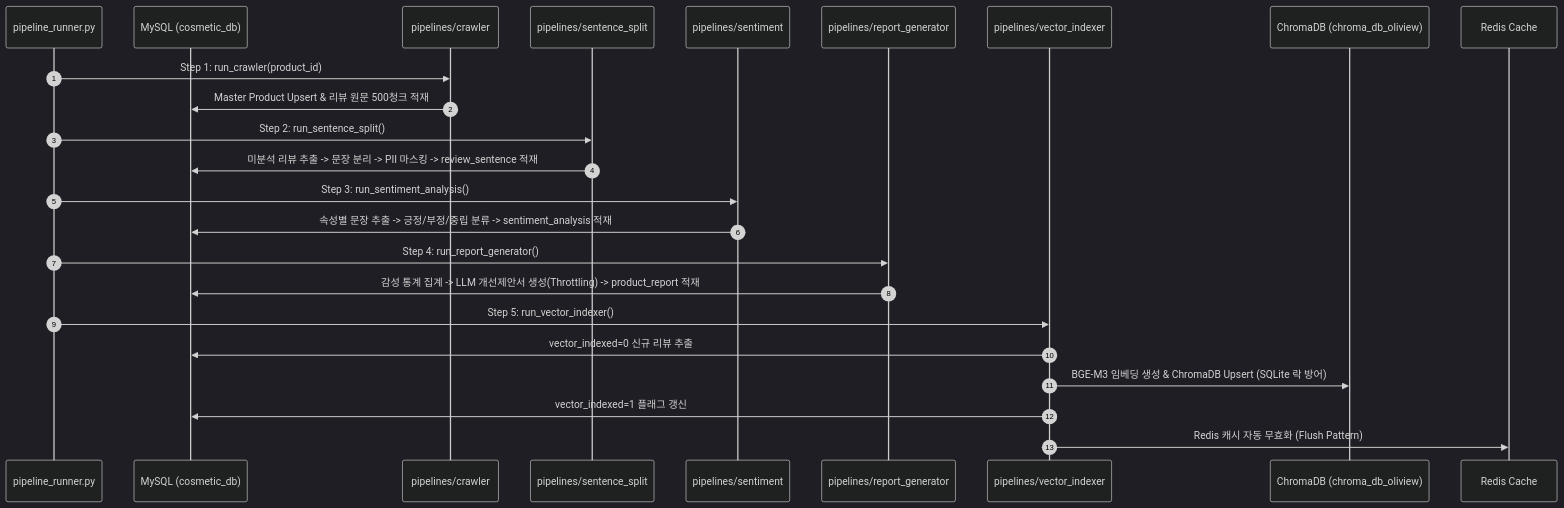
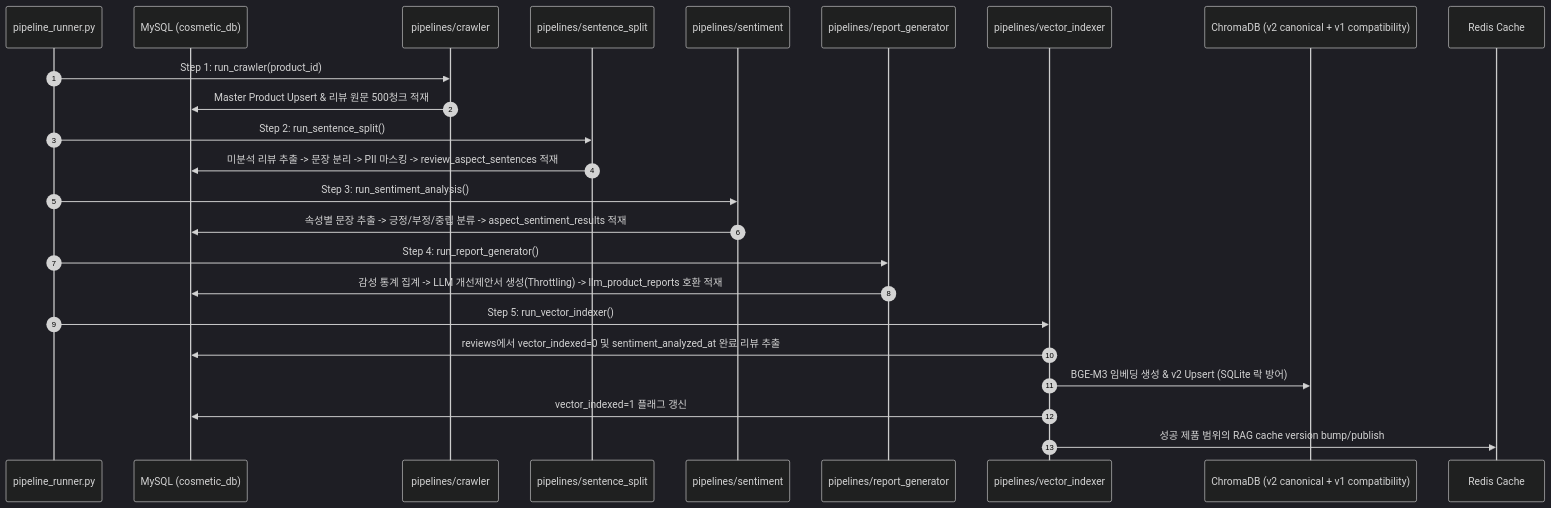
Before and after one commit to Ezenitac-AiService/AISERVICE: the diagram in specs/041-bteam-unified-pipeline-restructure/research.md, drawn with Mermaid (dark theme). The commit also changed other lines of this file and 180 other files, not shown here.

Commit message:
feat: implement unified pipeline architecture with core services, dashboard frontend, and deployment migration tools

````diff
--- a/specs/041-bteam-unified-pipeline-restructure/research.md
+++ b/specs/041-bteam-unified-pipeline-restructure/research.md
@@ -29,27 +29,27 @@
 ```mermaid
 sequenceDiagram
     autonumber
     participant CLI as pipeline_runner.py
     participant DB as MySQL (cosmetic_db)
     participant Crawler as pipelines/crawler
     participant Splitter as pipelines/sentence_split
     participant Sentiment as pipelines/sentiment
     participant Reporter as pipelines/report_generator
     participant Indexer as pipelines/vector_indexer
-    participant VectorDB as ChromaDB (chroma_db_oliview)
+    participant VectorDB as ChromaDB (v2 canonical + v1 compatibility)
     participant Cache as Redis Cache
 
     CLI->>Crawler: Step 1: run_crawler(product_id)
     Crawler->>DB: Master Product Upsert & 리뷰 원문 500청크 적재
     CLI->>Splitter: Step 2: run_sentence_split()
-    Splitter->>DB: 미분석 리뷰 추출 -> 문장 분리 -> PII 마스킹 -> review_sentence 적재
+    Splitter->>DB: 미분석 리뷰 추출 -> 문장 분리 -> PII 마스킹 -> review_aspect_sentences 적재
     CLI->>Sentiment: Step 3: run_sentiment_analysis()
-    Sentiment->>DB: 속성별 문장 추출 -> 긍정/부정/중립 분류 -> sentiment_analysis 적재
+    Sentiment->>DB: 속성별 문장 추출 -> 긍정/부정/중립 분류 -> aspect_sentiment_results 적재
     CLI->>Reporter: Step 4: run_report_generator()
-    Reporter->>DB: 감성 통계 집계 -> LLM 개선제안서 생성(Throttling) -> product_report 적재
+    Reporter->>DB: 감성 통계 집계 -> LLM 개선제안서 생성(Throttling) -> llm_product_reports 호환 적재
     CLI->>Indexer: Step 5: run_vector_indexer()
-    Indexer->>DB: vector_indexed=0 신규 리뷰 추출
-    Indexer->>VectorDB: BGE-M3 임베딩 생성 & ChromaDB Upsert (SQLite 락 방어)
+    Indexer->>DB: reviews에서 vector_indexed=0 및 sentiment_analyzed_at 완료 리뷰 추출
+    Indexer->>VectorDB: BGE-M3 임베딩 생성 & v2 Upsert (SQLite 락 방어)
     Indexer->>DB: vector_indexed=1 플래그 갱신
-    Indexer->>Cache: Redis 캐시 자동 무효화 (Flush Pattern)
+    Indexer->>Cache: 성공 제품 범위의 RAG cache version bump/publish
 ```
````
